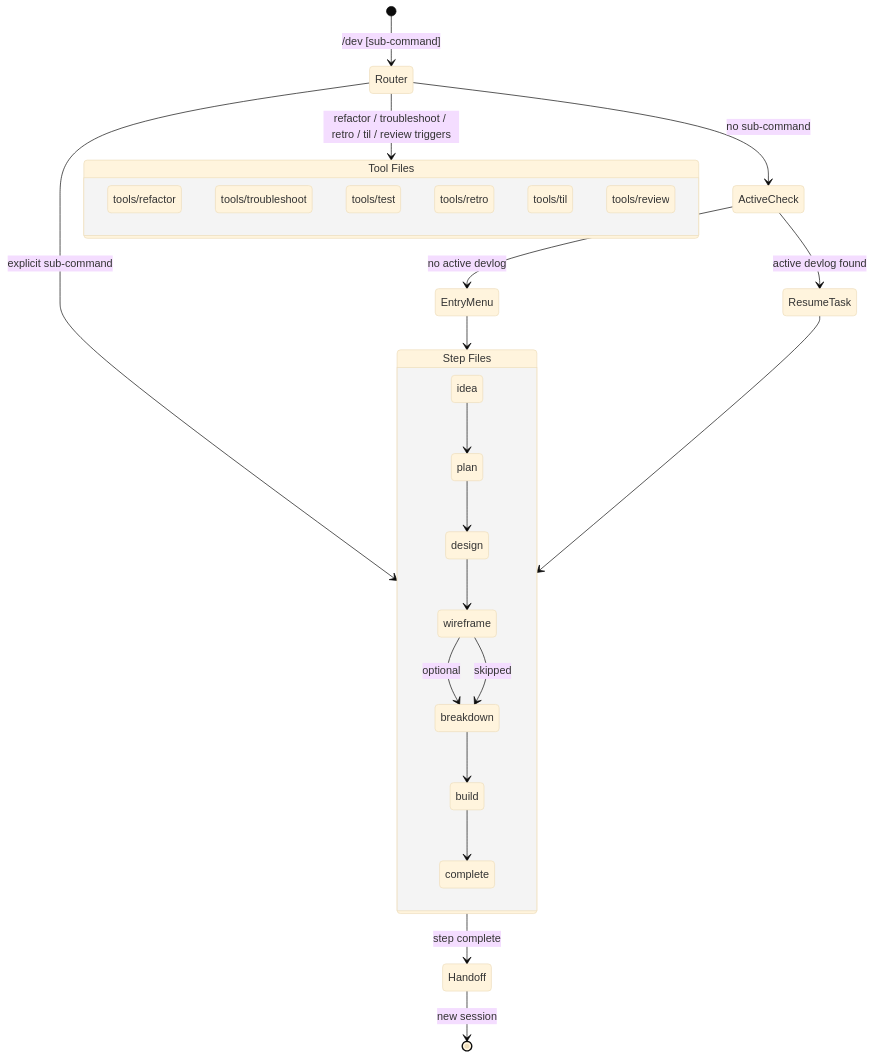
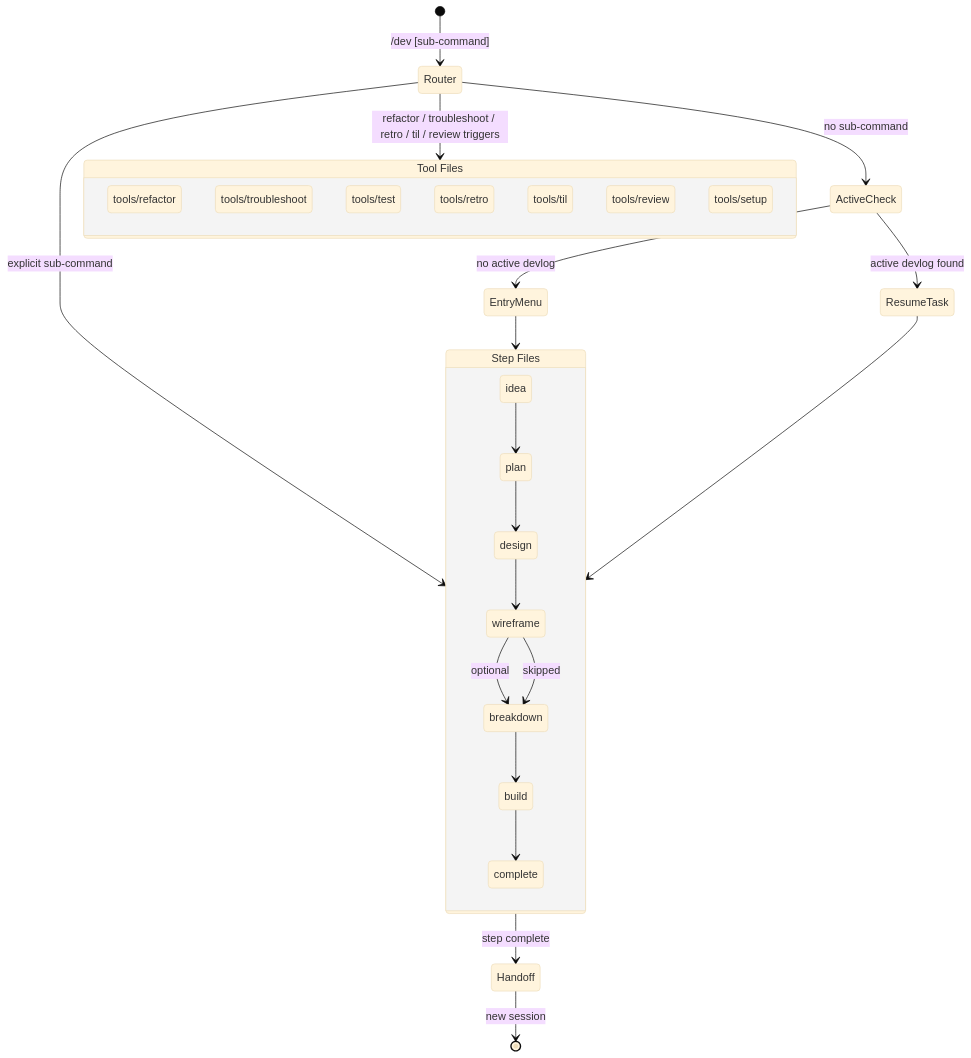
The diagram in skills/dev/SKILL.md (gloriaJun/grimoire), drawn with Mermaid (base theme) before and after one commit. The commit also changed other lines of this file and 7 other files, not shown here.

````diff
--- a/skills/dev/SKILL.md
+++ b/skills/dev/SKILL.md
@@ -58,36 +58,37 @@
 ```mermaid
 stateDiagram-v2
     [*] --> Router: /dev [sub-command]
 
     Router --> ActiveCheck: no sub-command
     Router --> DirectTool: refactor / troubleshoot / retro / til / review triggers
     Router --> StepFile: explicit sub-command
 
     ActiveCheck --> ResumeTask: active devlog found
     ActiveCheck --> EntryMenu: no active devlog
     EntryMenu --> StepFile
 
     ResumeTask --> StepFile
 
     state "Step Files" as StepFile {
         idea --> plan
         plan --> design
         design --> wireframe
         wireframe --> breakdown : optional
         wireframe --> breakdown : skipped
         breakdown --> build
         build --> complete
     }
 
     state "Tool Files" as DirectTool {
         refactor_tool: tools/refactor
         troubleshoot_tool: tools/troubleshoot
         test_tool: tools/test
         retro_tool: tools/retro
         til_tool: tools/til
         review_tool: tools/review
+        setup_tool: tools/setup
     }
 
     StepFile --> Handoff: step complete
     Handoff --> [*]: new session
 ```
````
